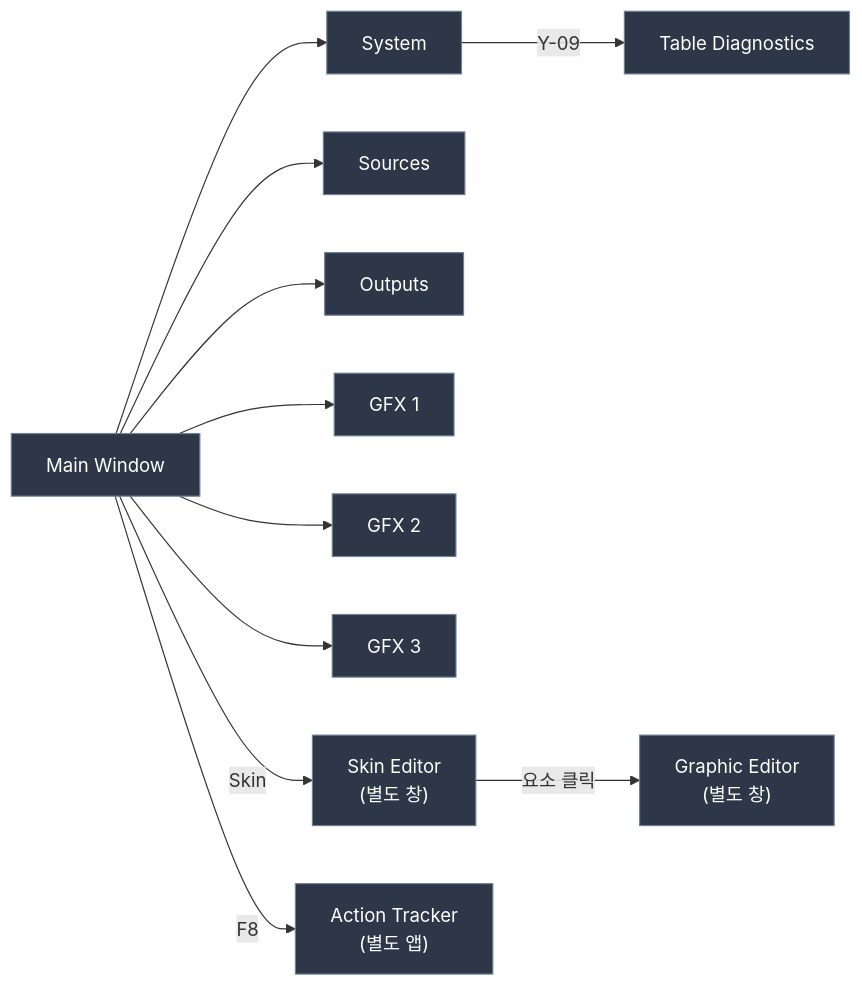
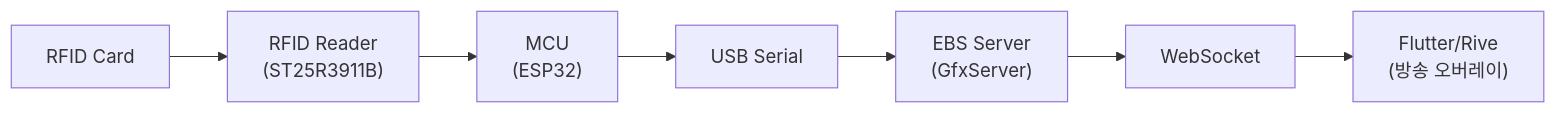
Before and after one commit to garimto81/ebs: the first of 2 diagrams in docs/01_PokerGFX_Analysis/PRD-0004-EBS-Server-UI-Design.md, drawn with Mermaid. The commit also changed other lines of this file and 3 other files, not shown here.

````diff
--- a/docs/01_PokerGFX_Analysis/PRD-0004-EBS-Server-UI-Design.md
+++ b/docs/01_PokerGFX_Analysis/PRD-0004-EBS-Server-UI-Design.md
@@ -54,14 +91,9 @@
 ```mermaid
 flowchart LR
-    classDef default fill:#2d3748,stroke:#718096,color:#ffffff
-    MW["Main Window"] --> SYS["System"]
-    MW --> SRC["Sources"]
-    MW --> OUT["Outputs"]
-    MW --> GFX1["GFX 1"]
-    MW --> GFX2["GFX 2"]
-    MW --> GFX3["GFX 3"]
-    SYS -->|"Y-09"| TDG["Table Diagnostics"]
-    MW -->|"Skin"| SKE["Skin Editor<br/>(별도 창)"]
-    SKE -->|"요소 클릭"| GRE["Graphic Editor<br/>(별도 창)"]
-    MW -->|"F8"| AT["Action Tracker<br/>(별도 앱)"]
+    A["RFID Card"] --> B["RFID Reader<br/>(ST25R3911B)"]
+    B --> C["MCU<br/>(ESP32)"]
+    C --> D["USB Serial"]
+    D --> E["EBS Server<br/>(GfxServer)"]
+    E --> F["WebSocket"]
+    F --> G["Flutter/Rive<br/>(방송 오버레이)"]
 ```
````
